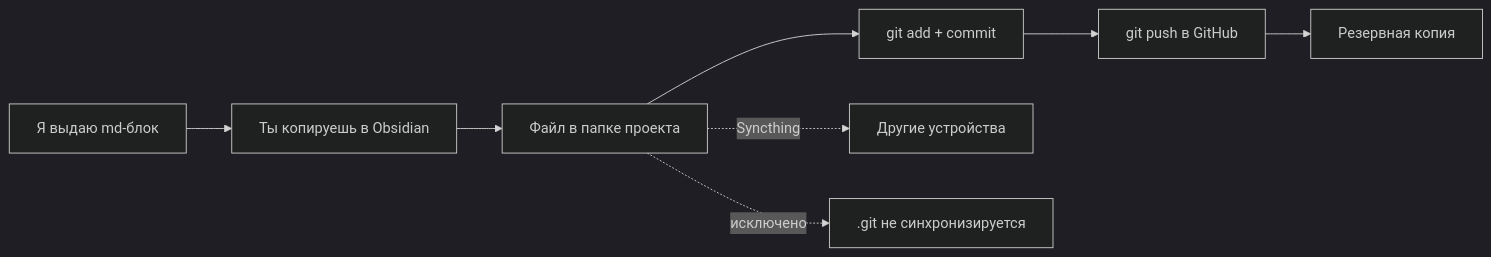
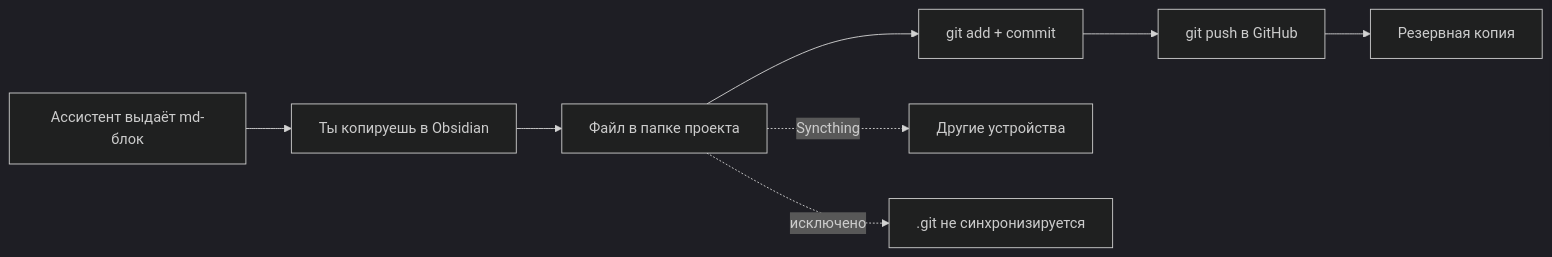
One commit to qosscrinson/cyber-defender changed the diagram in _Алгоритм_Сохранения.md. Above: the diagram before and after it, drawn with Mermaid (dark theme). The commit also changed other lines of this file and 5 other files, not shown here.

````diff
--- a/_Алгоритм_Сохранения.md
+++ b/_Алгоритм_Сохранения.md
@@ -70,10 +81,10 @@
 ```mermaid
 flowchart LR
-    A["Я выдаю md-блок"] --> B["Ты копируешь в Obsidian"]
+    A["Ассистент выдаёт md-блок"] --> B["Ты копируешь в Obsidian"]
     B --> C["Файл в папке проекта"]
     C --> D["git add + commit"]
     D --> E["git push в GitHub"]
     E --> F["Резервная копия"]
     C -.->|Syncthing| G["Другие устройства"]
     C -.->|исключено| H[".git не синхронизируется"]
 ```
````
